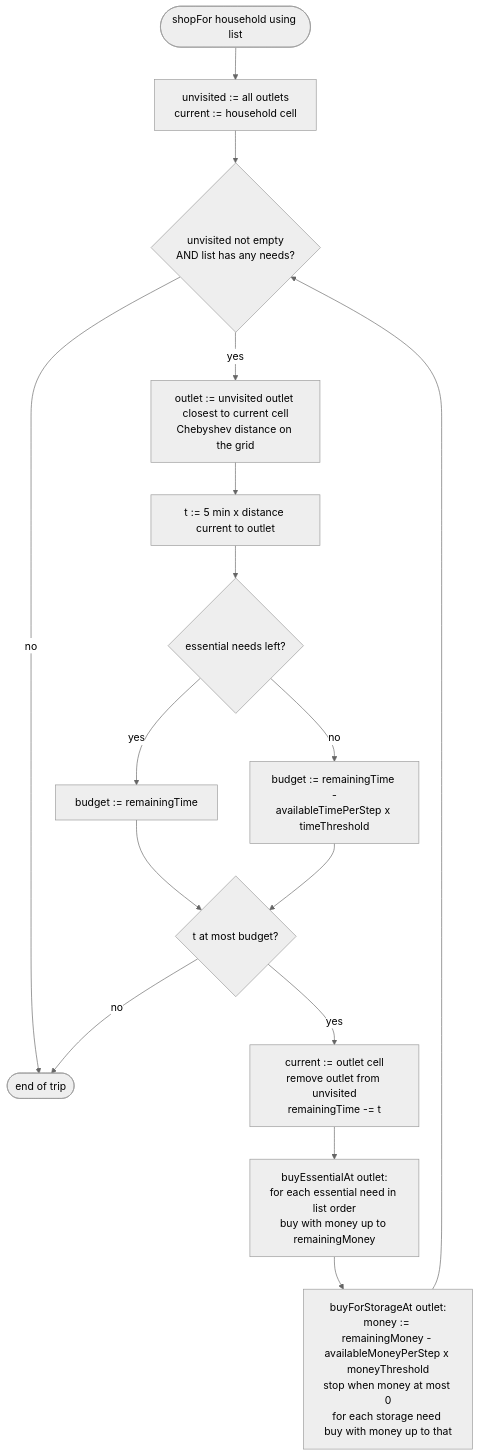
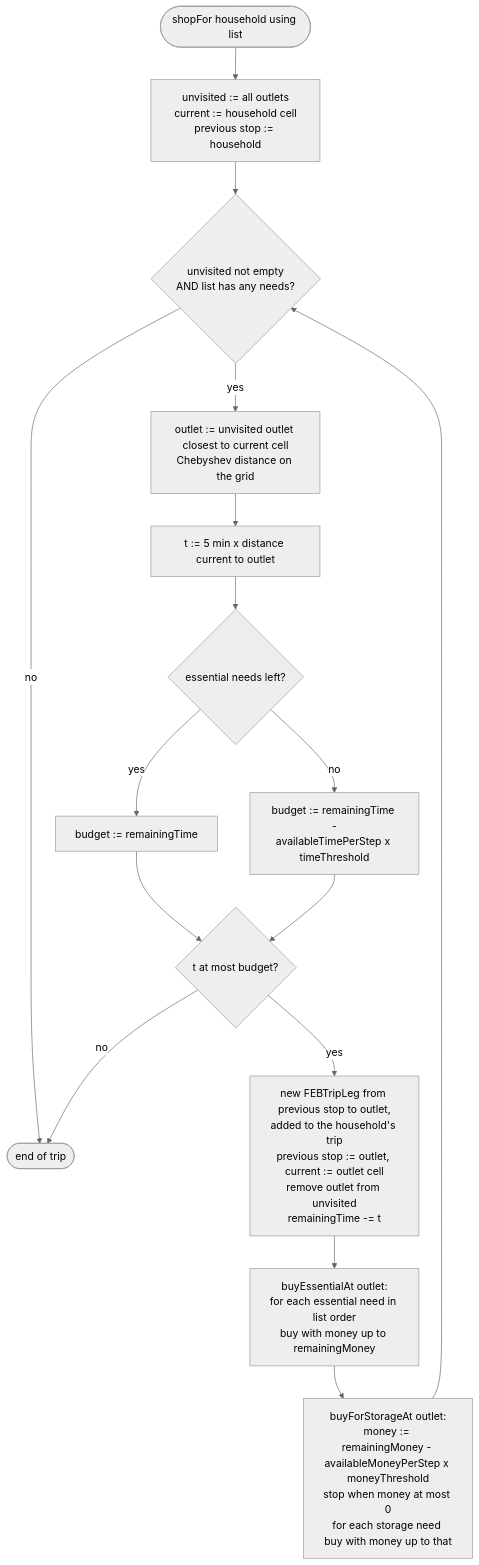
One commit to JoaquinAmeller/amaea-model changed the diagram in odd-from-code/img/09-shopping-trip.mmd. Above: the diagram before and after it, drawn with Mermaid (neutral theme). The commit also changed 10 other files, not shown here.

```diff
--- a/odd-from-code/img/09-shopping-trip.mmd
+++ b/odd-from-code/img/09-shopping-trip.mmd
@@ -1,16 +1,16 @@
 flowchart TD
-    A([shopFor household using list]) --> B[unvisited := all outlets<br/>current := household cell]
+    A([shopFor household using list]) --> B[unvisited := all outlets<br/>current := household cell<br/>previous stop := household]
     B --> C{unvisited not empty<br/>AND list has any needs?}
     C -- no --> Z([end of trip])
     C -- yes --> D[outlet := unvisited outlet closest to current cell<br/>Chebyshev distance on the grid]
     D --> E[t := 5 min x distance current to outlet]
     E --> F{essential needs left?}
     F -- yes --> G[budget := remainingTime]
     F -- no --> H[budget := remainingTime -<br/>availableTimePerStep x timeThreshold]
     G --> I{t at most budget?}
     H --> I
     I -- no --> Z
-    I -- yes --> J[current := outlet cell<br/>remove outlet from unvisited<br/>remainingTime -= t]
+    I -- yes --> J[new FEBTripLeg from previous stop to outlet,<br/>added to the household's trip<br/>previous stop := outlet, current := outlet cell<br/>remove outlet from unvisited<br/>remainingTime -= t]
     J --> K[buyEssentialAt outlet:<br/>for each essential need in list order<br/>buy with money up to remainingMoney]
     K --> L[buyForStorageAt outlet:<br/>money := remainingMoney - availableMoneyPerStep x moneyThreshold<br/>stop when money at most 0<br/>for each storage need buy with money up to that]
     L --> C
```
